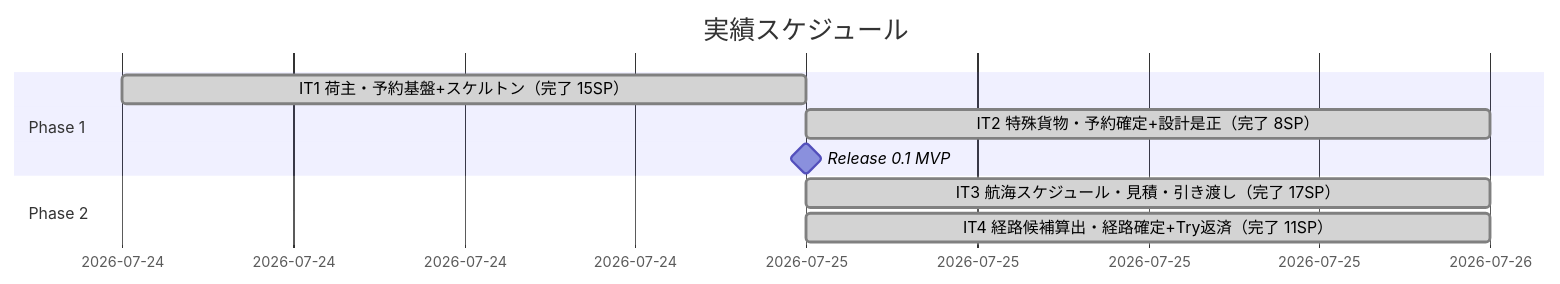
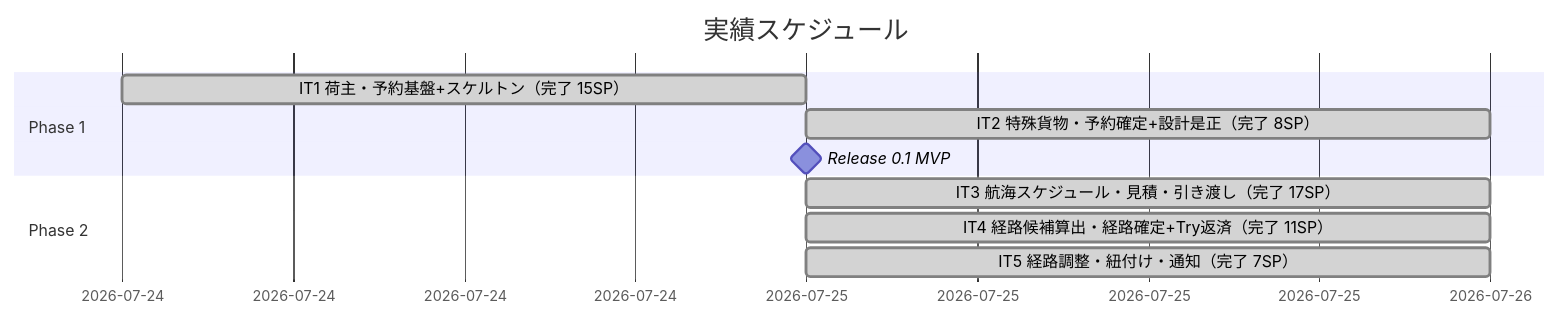
Before and after one commit to k2works/case-study-cargo-tracker: the second of 3 diagrams in docs/development/release_plan.md, drawn with Mermaid. The commit also changed other lines of this file and 1 other file, not shown here.

````diff
--- a/docs/development/release_plan.md
+++ b/docs/development/release_plan.md
@@ -167,13 +167,14 @@
 ```mermaid
 gantt
     title 実績スケジュール
     dateFormat  YYYY-MM-DD
     section Phase 1
     IT1 荷主・予約基盤+スケルトン（完了 15SP） :done, a1, 2026-07-24, 1d
     IT2 特殊貨物・予約確定+設計是正（完了 8SP） :done, a2, 2026-07-25, 1d
     Release 0.1 MVP                              :milestone, m1, 2026-07-25, 0d
     section Phase 2
     IT3 航海スケジュール・見積・引き渡し（完了 17SP） :done, a3, 2026-07-25, 1d
     IT4 経路候補算出・経路確定+Try返済（完了 11SP） :done, a4, 2026-07-25, 1d
+    IT5 経路調整・紐付け・通知（完了 7SP） :done, a5, 2026-07-25, 1d
     section Phase 3
 ```
````
